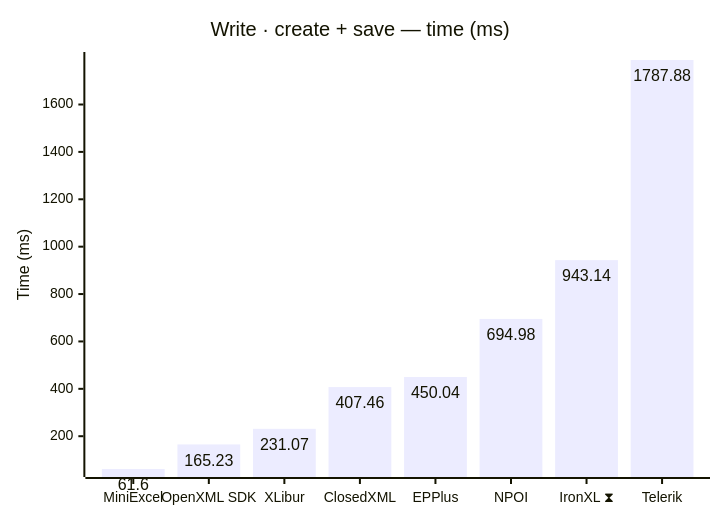
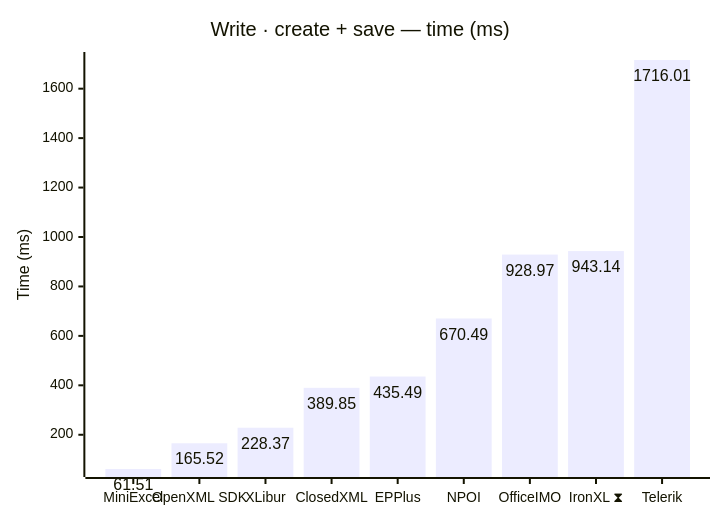
One commit to jafin/XLBench changed the fifth of 12 diagrams in docs/results.md. Above: the diagram before and after it, drawn with Mermaid. The commit also changed other lines of this file and 17 other files, not shown here.

First line of the commit message:
Add OfficeIMO.Excel to the benchmark suite and publish full-fidelity results (#33)

````diff
--- a/docs/results.md
+++ b/docs/results.md
@@ -92,12 +93,12 @@
 ```mermaid
 ---
 config:
   xyChart:
     showDataLabel: true
 ---
 xychart-beta
     title "Write · create + save — time (ms)"
-    x-axis ["MiniExcel", "OpenXML SDK", "XLibur", "ClosedXML", "EPPlus", "NPOI", "IronXL ⧗", "Telerik"]
+    x-axis ["MiniExcel", "OpenXML SDK", "XLibur", "ClosedXML", "EPPlus", "NPOI", "OfficeIMO", "IronXL ⧗", "Telerik"]
     y-axis "Time (ms)"
-    bar [61.6, 165.23, 231.07, 407.46, 450.04, 694.98, 943.14, 1787.88]
+    bar [61.51, 165.52, 228.37, 389.85, 435.49, 670.49, 928.97, 943.14, 1716.01]
 ```
````
